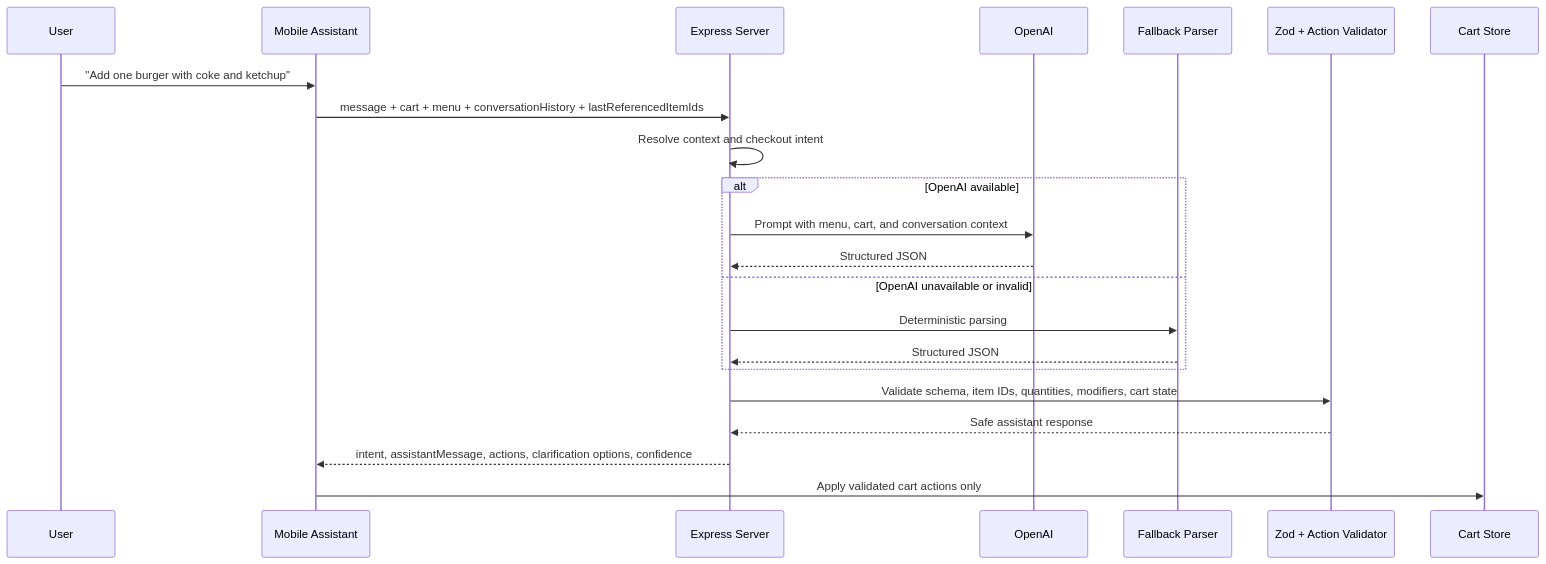
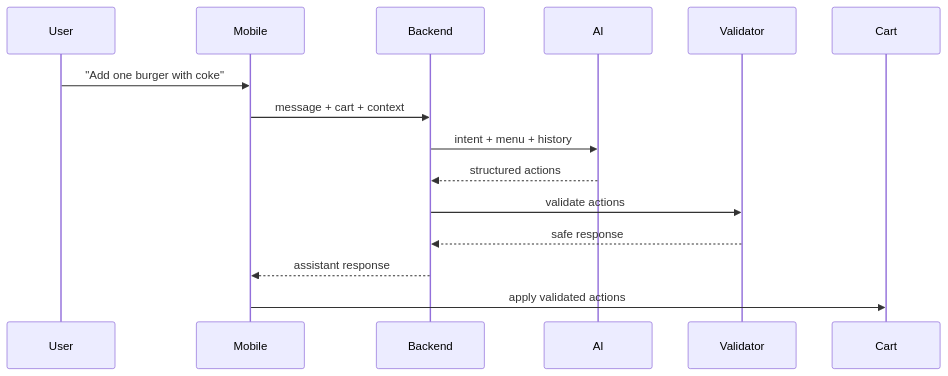
One commit to samarth1412/Intelligent-bistro changed the second of 5 diagrams in README.md. Above: the diagram before and after it, drawn with Mermaid. The commit also changed other lines of this file, not shown here.

Commit message:
updated flowcharts

````diff
--- a/README.md
+++ b/README.md
@@ -84,25 +80,25 @@
 ```mermaid
 sequenceDiagram
-  participant U as User
-  participant M as Mobile Assistant
-  participant S as Express Server
-  participant O as OpenAI
-  participant F as Fallback Parser
-  participant V as Zod + Action Validator
-  participant C as Cart Store
+  participant User
+  participant Mobile
+  participant Backend
+  participant AI
+  participant Validator
+  participant Cart
 
-  U->>M: "Add one burger with coke and ketchup"
-  M->>S: message + cart + menu + conversationHistory + lastReferencedItemIds
-  S->>S: Resolve context and checkout intent
-  alt OpenAI available
-    S->>O: Prompt with menu, cart, and conversation context
-    O-->>S: Structured JSON
-  else OpenAI unavailable or invalid
-    S->>F: Deterministic parsing
-    F-->>S: Structured JSON
-  end
-  S->>V: Validate schema, item IDs, quantities, modifiers, cart state
-  V-->>S: Safe assistant response
-  S-->>M: intent, assistantMessage, actions, clarification options, confidence
-  M->>C: Apply validated cart actions only
+  User->>Mobile: "Add one burger with coke"
+
+  Mobile->>Backend: message + cart + context
+
+  Backend->>AI: intent + menu + history
+
+  AI-->>Backend: structured actions
+
+  Backend->>Validator: validate actions
+
+  Validator-->>Backend: safe response
+
+  Backend-->>Mobile: assistant response
+
+  Mobile->>Cart: apply validated actions
 ```
````
